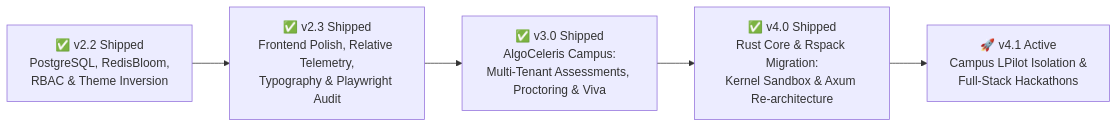
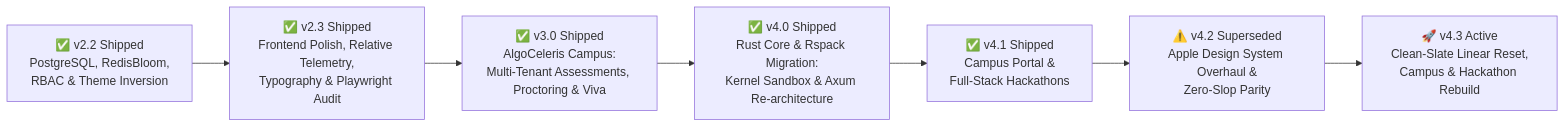
Before and after one commit to Nishank15/algoceleris: the first of 3 diagrams in IMPLEMENTATION_PLAN.md, drawn with Mermaid. The commit also changed other lines of this file and 120 other files, not shown here.

````diff
--- a/IMPLEMENTATION_PLAN.md
+++ b/IMPLEMENTATION_PLAN.md
@@ -16,7 +16,9 @@
 ```mermaid
 graph LR
     v2_2["✅ v2.2 Shipped<br/>PostgreSQL, RedisBloom,<br/>RBAC & Theme Inversion"] --> v2_3["✅ v2.3 Shipped<br/>Frontend Polish, Relative Telemetry,<br/>Typography & Playwright Audit"]
     v2_3 --> v3_0["✅ v3.0 Shipped<br/>AlgoCeleris Campus:<br/>Multi-Tenant Assessments, Proctoring & Viva"]
     v3_0 --> v4_0["✅ v4.0 Shipped<br/>Rust Core & Rspack Migration:<br/>Kernel Sandbox & Axum Re-architecture"]
-    v4_0 --> v4_1["🚀 v4.1 Active<br/>Campus LPilot Isolation &<br/>Full-Stack Hackathons"]
+    v4_0 --> v4_1["✅ v4.1 Shipped<br/>Campus Portal &<br/>Full-Stack Hackathons"]
+    v4_1 --> v4_2["⚠️ v4.2 Superseded<br/>Apple Design System Overhaul &<br/>Zero-Slop Parity"]
+    v4_2 --> v4_3["🚀 v4.3 Active<br/>Clean-Slate Linear Reset,<br/>Campus & Hackathon Rebuild"]
 ```
````
